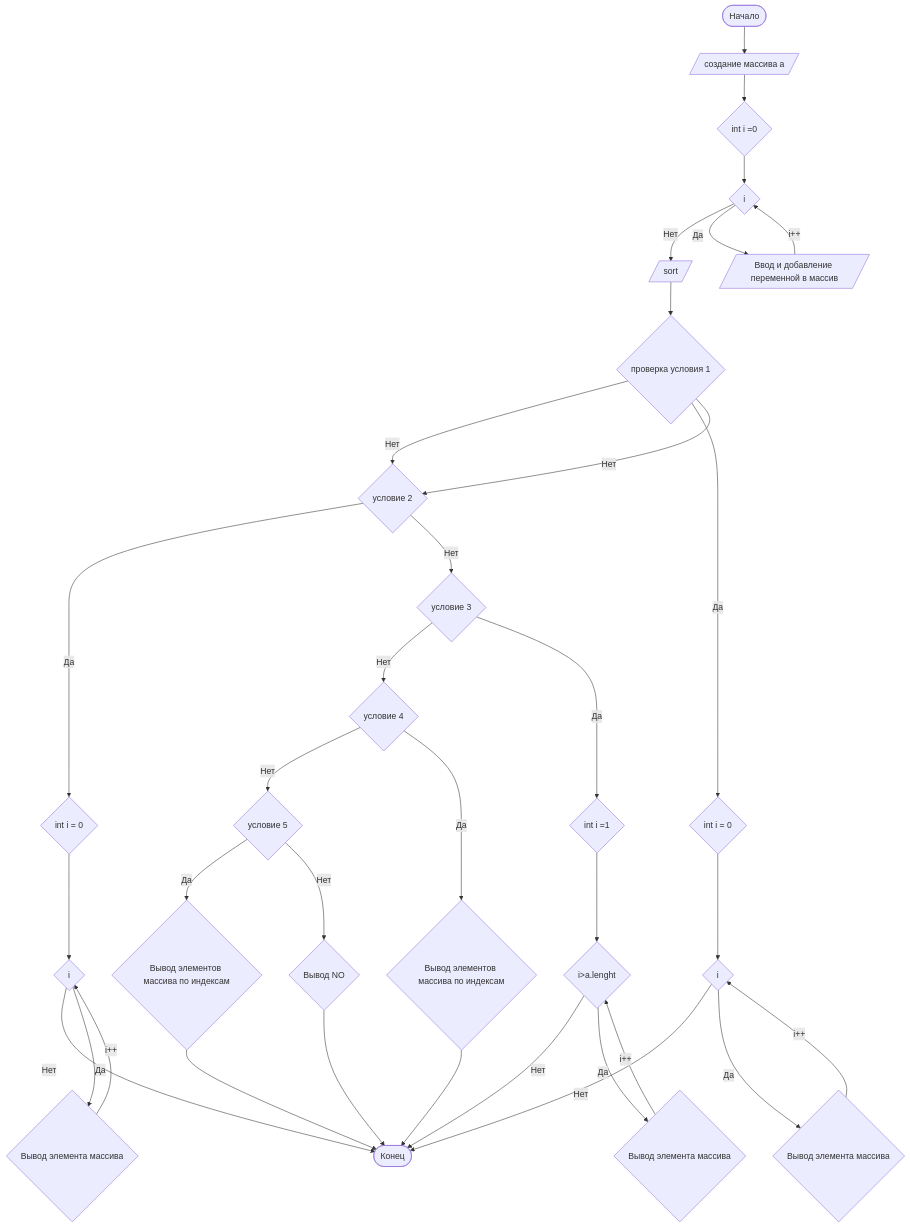
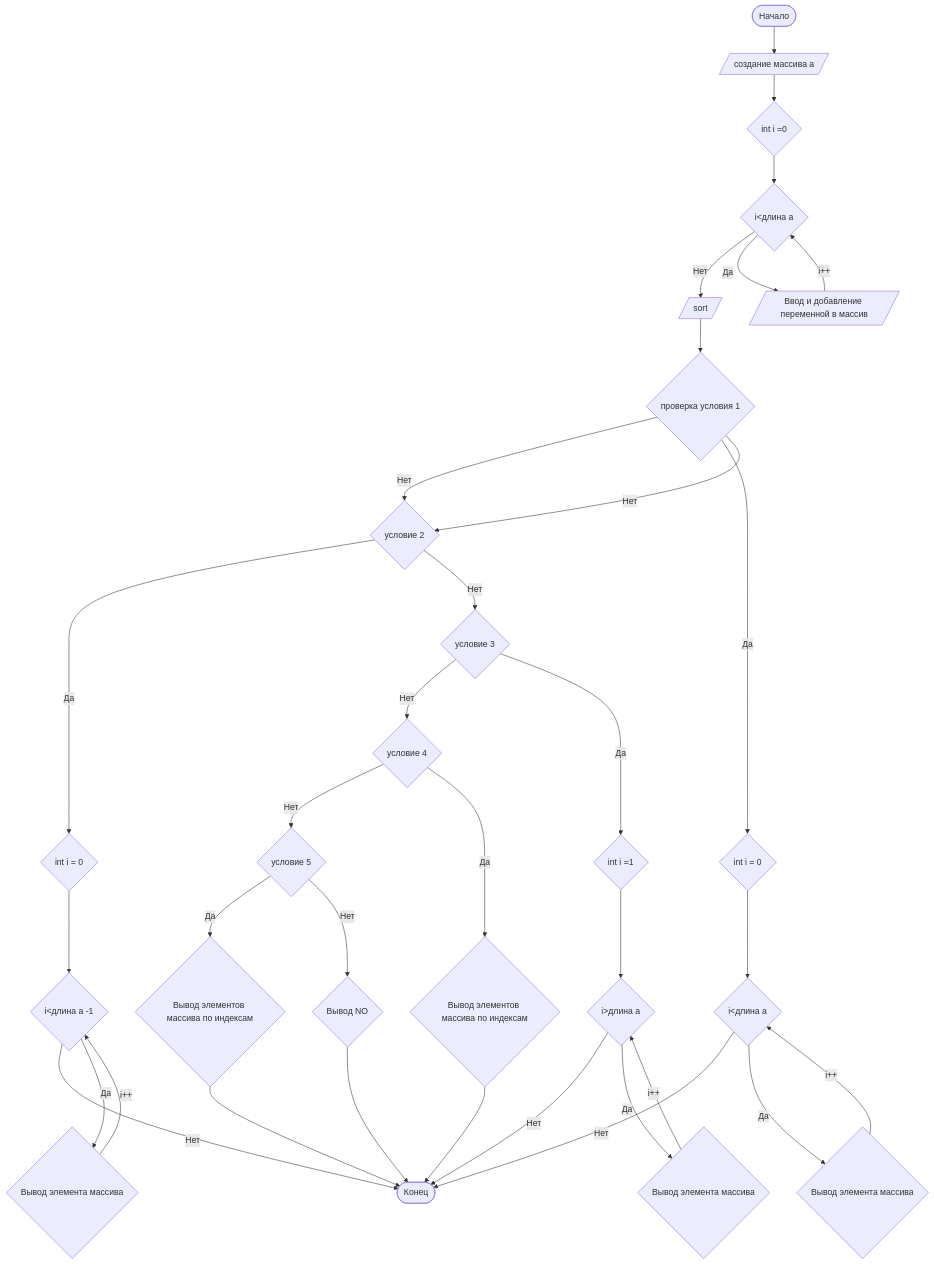
One commit to egorkhlestov/PM2402 changed the diagram in Lab1.md. Above: the diagram before and after it, drawn with Mermaid.

````diff
--- a/Lab1.md
+++ b/Lab1.md
@@ -78,36 +78,36 @@
 ```mermaid
 graph TD
     A([Начало]) --> B[/создание массива a/]
     B --> C{int i =0}
-    C --> D{i<a.lenght}
+    C --> D{i<длина а}
     D -- Нет --> I[/sort/]
     D -- Да --> F[/Ввод и добавление переменной в массив/]
     F -- i++ --> D
     I --> G{проверка условия 1}
     G -- Нет --> T{условие 2}
     G -- Да --> L{int i = 0}
-    L --> M{i<a.lenght}
+    L --> M{i<длина а}
     M -- Нет --> Z([Конец])
     M -- Да --> O{Вывод элемента массива}
     O -- i++ --> M
     G -- Нет --> T{условие 2}
     T -- Да --> E{int i = 0}
-    E --> H{i<a.lenght-1}
+    E --> H{i<длина а -1}
     H -- Нет --> Z
     H -- Да --> S{Вывод элемента массива}
     S -- i++ -->H
     T -- Нет --> V{условие 3}
     V -- Нет --> R{условие 4}
     V -- Да --> K{int i =1}
-    K --> Q{i>a.lenght}
+    K --> Q{i>длина a}
     Q -- Нет -->Z
     Q -- Да --> N{Вывод элемента массива}
     N -- i++ -->Q
     R -- Нет --> U{условие 5}
     R -- Да --> W{Вывод элементов массива по индексам}
     U -- Да --> X{Вывод элементов массива по индексам}
     U -- Нет --> Y{Вывод NO}
     Y --> Z
     X --> Z
     W --> Z
 ```
````
